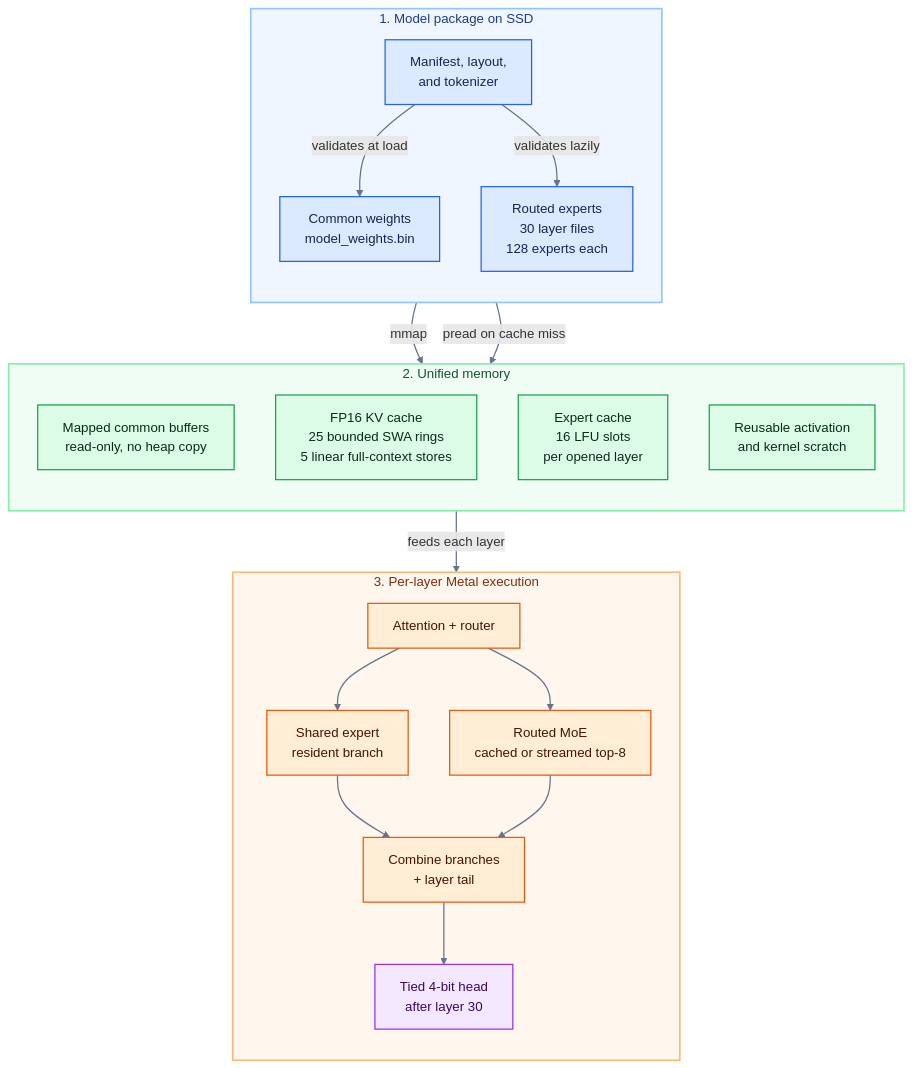
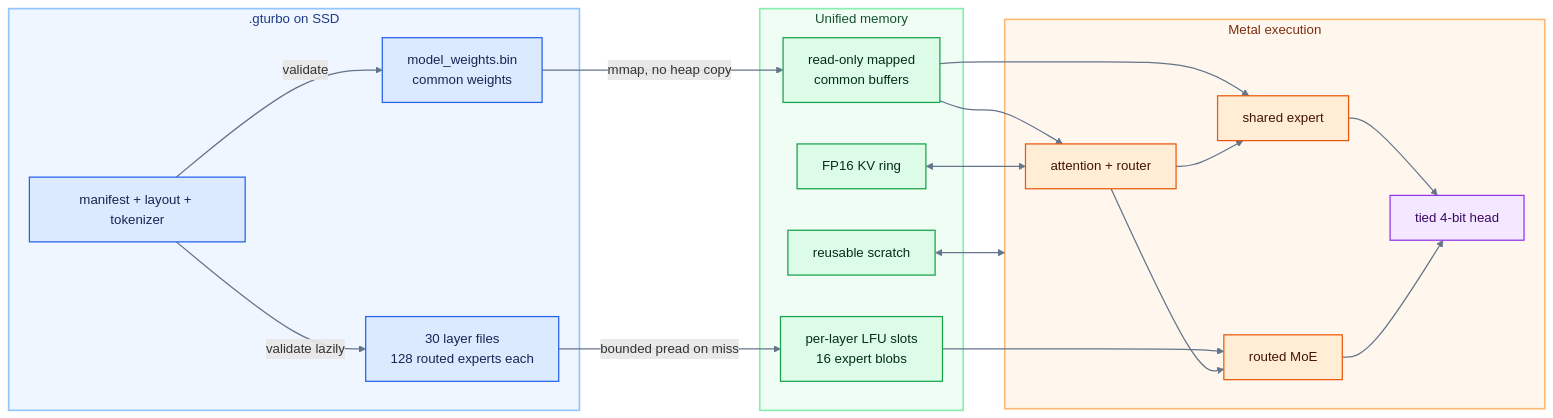
One commit to drumih/turbo-fieldfare changed the first of 2 diagrams in docs/SYSTEM_DESIGN.md. Above: the diagram before and after it, drawn with Mermaid. The commit also changed 10 other files, not shown here.

````diff
--- a/docs/SYSTEM_DESIGN.md
+++ b/docs/SYSTEM_DESIGN.md
@@ -165,52 +165,50 @@
 ```mermaid
-flowchart TB
-    subgraph Disk["1. Model package on SSD"]
-        direction TB
-        MF["Manifest, layout,\nand tokenizer"]
-        MW["Common weights\nmodel_weights.bin"]
-        LF["Routed experts\n30 layer files\n128 experts each"]
-        MF -->|validates at load| MW
-        MF -->|validates lazily| LF
+flowchart LR
+    subgraph Disk[".gturbo on SSD"]
+        MW["model_weights.bin\ncommon weights"]
+        LF["30 layer files\n128 routed experts each"]
+        MF["manifest + layout + tokenizer"]
     end
 
-    subgraph Memory["2. Unified memory"]
-        direction TB
-        RB["Mapped common buffers\nread-only, no heap copy"]
-        KV["FP16 KV cache\n25 bounded SWA rings\n5 linear full-context stores"]
-        EC["Expert cache\n16 LFU slots\nper opened layer"]
-        WS["Reusable activation\nand kernel scratch"]
+    subgraph Memory["Unified memory"]
+        RB["read-only mapped\ncommon buffers"]
+        EC["per-layer LFU slots\n16 expert blobs"]
+        KV["FP16 KV ring"]
+        WS["reusable scratch"]
     end
 
-    subgraph GPU["3. Per-layer Metal execution"]
-        direction TB
-        AT["Attention + router"]
-        SE["Shared expert\nresident branch"]
-        RE["Routed MoE\ncached or streamed top-8"]
-        T["Combine branches\n+ layer tail"]
-        HD["Tied 4-bit head\nafter layer 30"]
-
-        AT --> SE
-        AT --> RE
-        SE --> T
-        RE --> T
-        T --> HD
+    subgraph GPU["Metal execution"]
+        AT["attention + router"]
+        SE["shared expert"]
+        RE["routed MoE"]
+        HD["tied 4-bit head"]
     end
 
-    MW -->|mmap| RB
-    LF -->|pread on cache miss| EC
-    Memory -->|feeds each layer| GPU
+    MF -->|validate| MW
+    MF -->|validate lazily| LF
+    MW -->|mmap, no heap copy| RB
+    LF -->|bounded pread on miss| EC
+    RB --> AT
+    RB --> SE
+    EC --> RE
+    KV <--> AT
+    WS <--> GPU
+    AT --> SE
+    AT --> RE
+    SE --> HD
+    RE --> HD
 
     classDef disk fill:#DBEAFE,stroke:#2563EB,color:#172554,stroke-width:1.5px;
     classDef memory fill:#DCFCE7,stroke:#16A34A,color:#052E16,stroke-width:1.5px;
     classDef compute fill:#FFEDD5,stroke:#EA580C,color:#431407,stroke-width:1.5px;
     classDef output fill:#F3E8FF,stroke:#9333EA,color:#3B0764,stroke-width:1.5px;
     class MF,MW,LF disk;
     class RB,KV,EC,WS memory;
-    class AT,SE,RE,T compute;
+    class AT,SE,RE compute;
     class HD output;
 
     style Disk fill:#EFF6FF,stroke:#93C5FD,color:#1E3A8A,stroke-width:2px
     style Memory fill:#F0FDF4,stroke:#86EFAC,color:#14532D,stroke-width:2px
     style GPU fill:#FFF7ED,stroke:#FDBA74,color:#7C2D12,stroke-width:2px
     linkStyle default stroke:#64748B,stroke-width:1.5px
 ```
````
